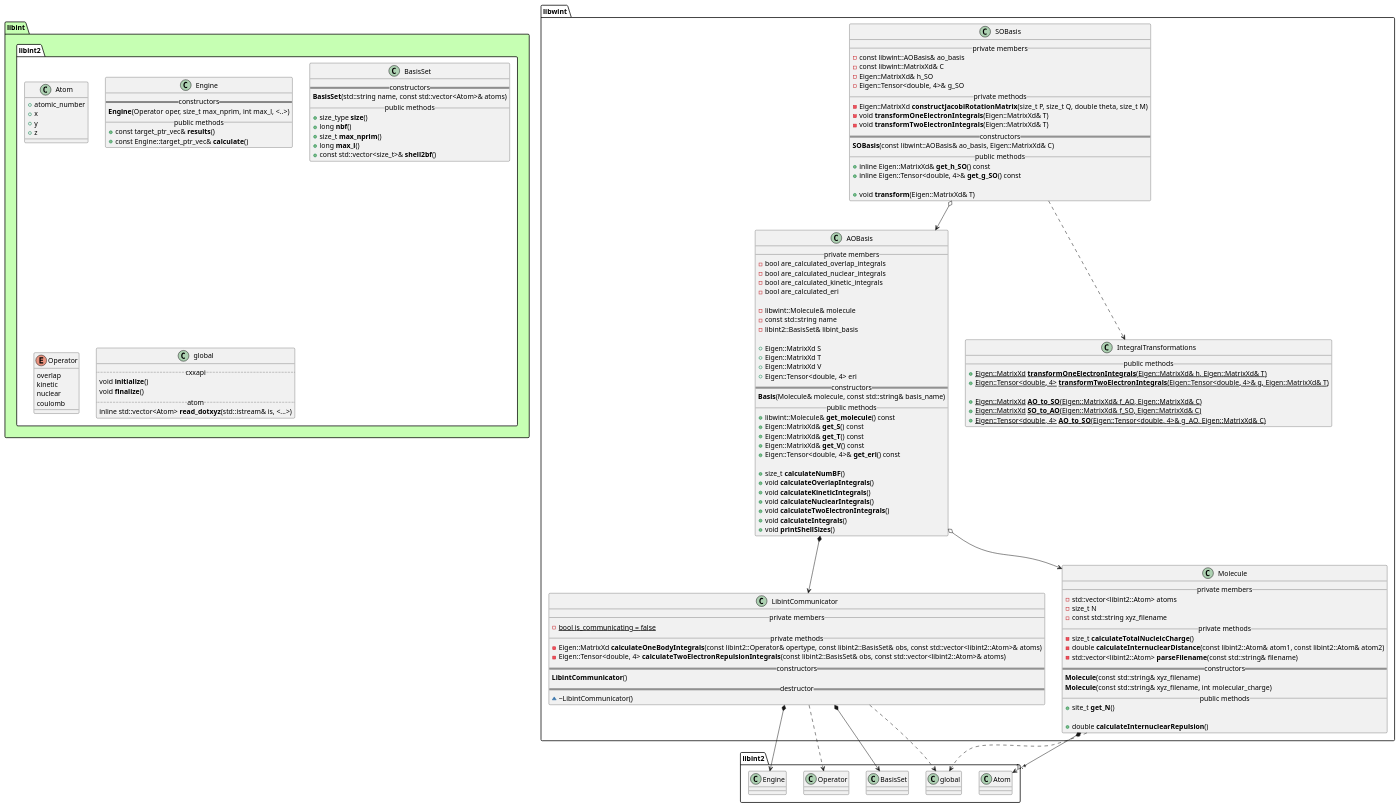
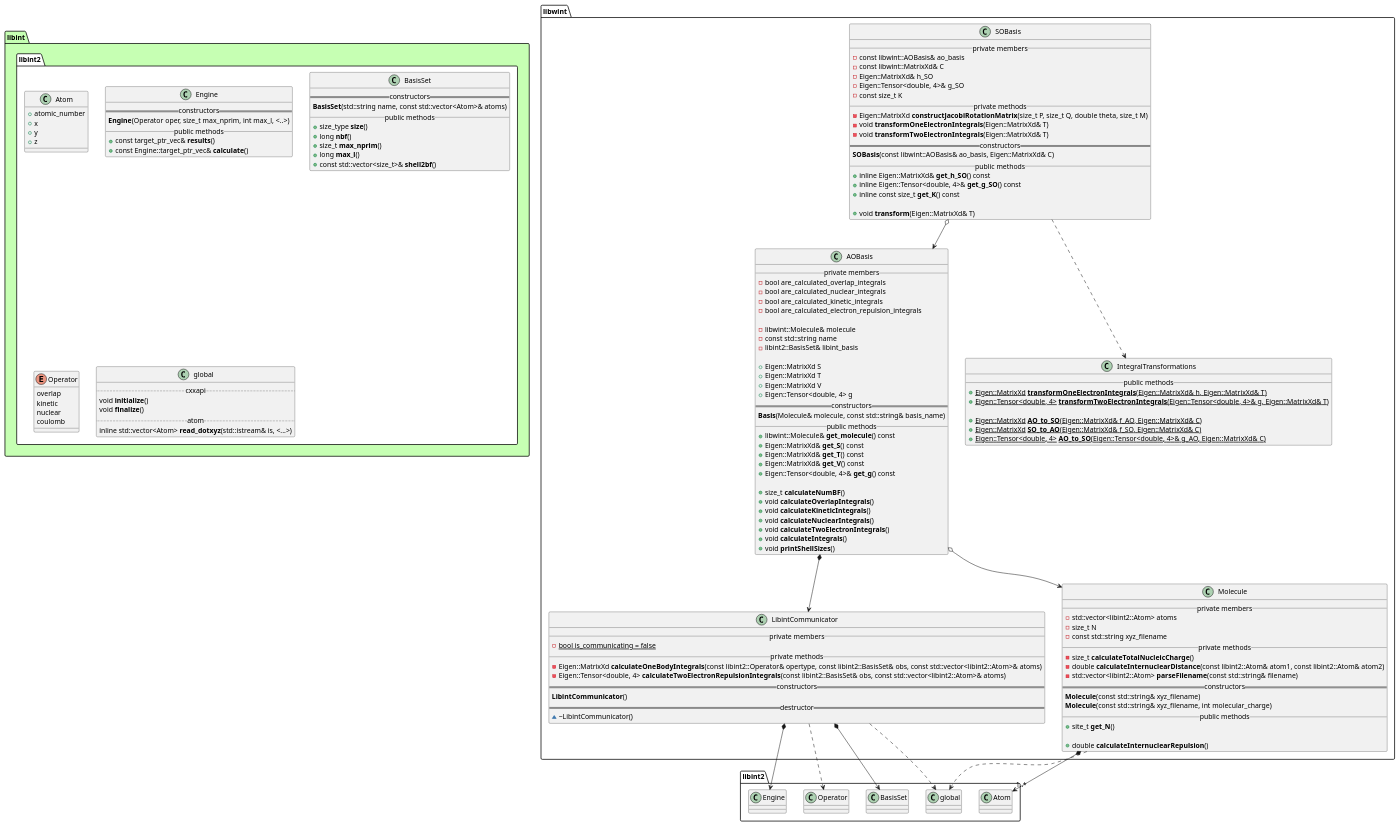
One commit to tmhuysen/libwint changed the diagram in docs/libwint.puml. Above: the diagram before and after it, drawn with PlantUML.

Commit message:
Update libwint after refactoring AP1roG.

```diff
--- a/docs/libwint.puml
+++ b/docs/libwint.puml
@@ -1,170 +1,172 @@
 @startuml
 
 
 
 package libint #c6ffb3 {
     namespace libint2 #ffffff {
         class Atom {
             + atomic_number
             + x
             + y
             + z
         }
 
         class Engine {
             == constructors ==
                 **Engine**(Operator oper, size_t max_nprim, int max_l, <..>)
             __ public methods __
                 + const target_ptr_vec& **results**()
                 + const Engine::target_ptr_vec& **calculate**()
         }
 
         class BasisSet {
             == constructors ==
                 **BasisSet**(std::string name, const std::vector<Atom>& atoms)
             __ public methods __
                 + size_type **size**()
                 + long **nbf**()
                 + size_t **max_nprim**()
                 + long **max_l**()
                 + const std::vector<size_t>& **shell2bf**()
         }
 
         enum Operator {
             overlap
             kinetic
             nuclear
             coulomb
         }
 
         class global {
             .. cxxapi ..
                 void **initialize**()
                 void **finalize**()
             .. atom ..
                 inline std::vector<Atom> **read_dotxyz**(std::istream& is, <...>)
         }
     }
 }
 
 
 
 
 namespace libwint {
 
     class AOBasis {
         __ private members __
             - bool are_calculated_overlap_integrals
             - bool are_calculated_nuclear_integrals
             - bool are_calculated_kinetic_integrals
-            - bool are_calculated_eri
+            - bool are_calculated_electron_repulsion_integrals
 
             - libwint::Molecule& molecule
             - const std::string name
             - libint2::BasisSet& libint_basis
 
             + Eigen::MatrixXd S
             + Eigen::MatrixXd T
             + Eigen::MatrixXd V
-            + Eigen::Tensor<double, 4> eri
+            + Eigen::Tensor<double, 4> g
         == constructors ==
             **Basis**(Molecule& molecule, const std::string& basis_name)
         __ public methods __
             + libwint::Molecule& **get_molecule**() const
             + Eigen::MatrixXd& **get_S**() const
             + Eigen::MatrixXd& **get_T**() const
             + Eigen::MatrixXd& **get_V**() const
-            + Eigen::Tensor<double, 4>& **get_eri**() const
+            + Eigen::Tensor<double, 4>& **get_g**() const
 
             + size_t **calculateNumBF**()
             + void **calculateOverlapIntegrals**()
             + void **calculateKineticIntegrals**()
             + void **calculateNuclearIntegrals**()
             + void **calculateTwoElectronIntegrals**()
             + void **calculateIntegrals**()
             + void **printShellSizes**()
     }
 
 
     class SOBasis {
         __ private members __
             - const libwint::AOBasis& ao_basis
             - const libwint::MatrixXd& C
             - Eigen::MatrixXd& h_SO
             - Eigen::Tensor<double, 4>& g_SO
+            - const size_t K
         __ private methods __
             - Eigen::MatrixXd **constructJacobiRotationMatrix**(size_t P, size_t Q, double theta, size_t M)
             - void **transformOneElectronIntegrals**(Eigen::MatrixXd& T)
             - void **transformTwoElectronIntegrals**(Eigen::MatrixXd& T)
         == constructors ==
             **SOBasis**(const libwint::AOBasis& ao_basis, Eigen::MatrixXd& C)
         __ public methods __
             + inline Eigen::MatrixXd& **get_h_SO**() const
             + inline Eigen::Tensor<double, 4>& **get_g_SO**() const
+            + inline const size_t **get_K**() const
 
             + void **transform**(Eigen::MatrixXd& T)
     }
 
 
     class IntegralTransformations {
         __ public methods __
             + {static} Eigen::MatrixXd **transformOneElectronIntegrals**(Eigen::MatrixXd& h, Eigen::MatrixXd& T)
             + {static} Eigen::Tensor<double, 4> **transformTwoElectronIntegrals**(Eigen::Tensor<double, 4>& g, Eigen::MatrixXd& T)
 
             + {static} Eigen::MatrixXd **AO_to_SO**(Eigen::MatrixXd& f_AO, Eigen::MatrixXd& C)
             + {static} Eigen::MatrixXd **SO_to_AO**(Eigen::MatrixXd& f_SO, Eigen::MatrixXd& C)
             + {static} Eigen::Tensor<double, 4> **AO_to_SO**(Eigen::Tensor<double, 4>& g_AO, Eigen::MatrixXd& C)
     }
 
 
     class LibintCommunicator {
         __ private members __
             - {static} bool is_communicating = false
         __ private methods __
             - Eigen::MatrixXd **calculateOneBodyIntegrals**(const libint2::Operator& opertype, const libint2::BasisSet& obs, const std::vector<libint2::Atom>& atoms)
             - Eigen::Tensor<double, 4> **calculateTwoElectronRepulsionIntegrals**(const libint2::BasisSet& obs, const std::vector<libint2::Atom>& atoms)
         == constructors ==
             **LibintCommunicator**()
         == destructor ==
             ~ ~LibintCommunicator()
     }
 
 
     class Molecule {
         __ private members __
             - std::vector<libint2::Atom> atoms
             - size_t N
             - const std::string xyz_filename
         __ private methods __
             - size_t **calculateTotalNucleicCharge**()
             - double **calculateInternuclearDistance**(const libint2::Atom& atom1, const libint2::Atom& atom2)
             - std::vector<libint2::Atom> **parseFilename**(const std::string& filename)
         == constructors ==
             **Molecule**(const std::string& xyz_filename)
             **Molecule**(const std::string& xyz_filename, int molecular_charge)
         __ public methods __
             + site_t **get_N**()
 
             + double **calculateInternuclearRepulsion**()
     }
 
 }
 
 
 
 libwint.AOBasis o--> libwint.Molecule
 libwint.AOBasis *--> libwint.LibintCommunicator
 
 libwint.LibintCommunicator *--> libint2.BasisSet
 libwint.LibintCommunicator ..> libint2.Operator
 libwint.LibintCommunicator *--> libint2.Engine
 libwint.LibintCommunicator ..> libint2.global
 
 libwint.Molecule *--> "1..*" libint2.Atom
 libwint.Molecule ..> libint2.global
 
 libwint.SOBasis ..> libwint.IntegralTransformations
 libwint.SOBasis o--> libwint.AOBasis
 
 
 @enduml
```
